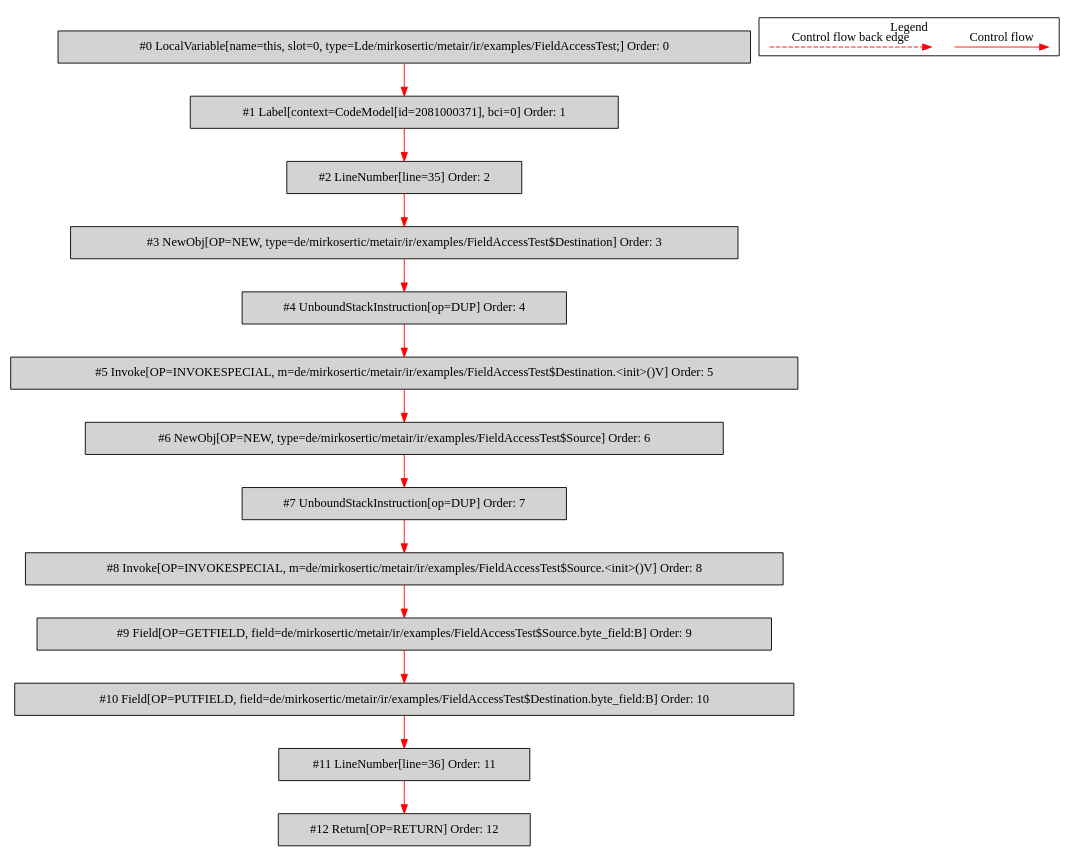
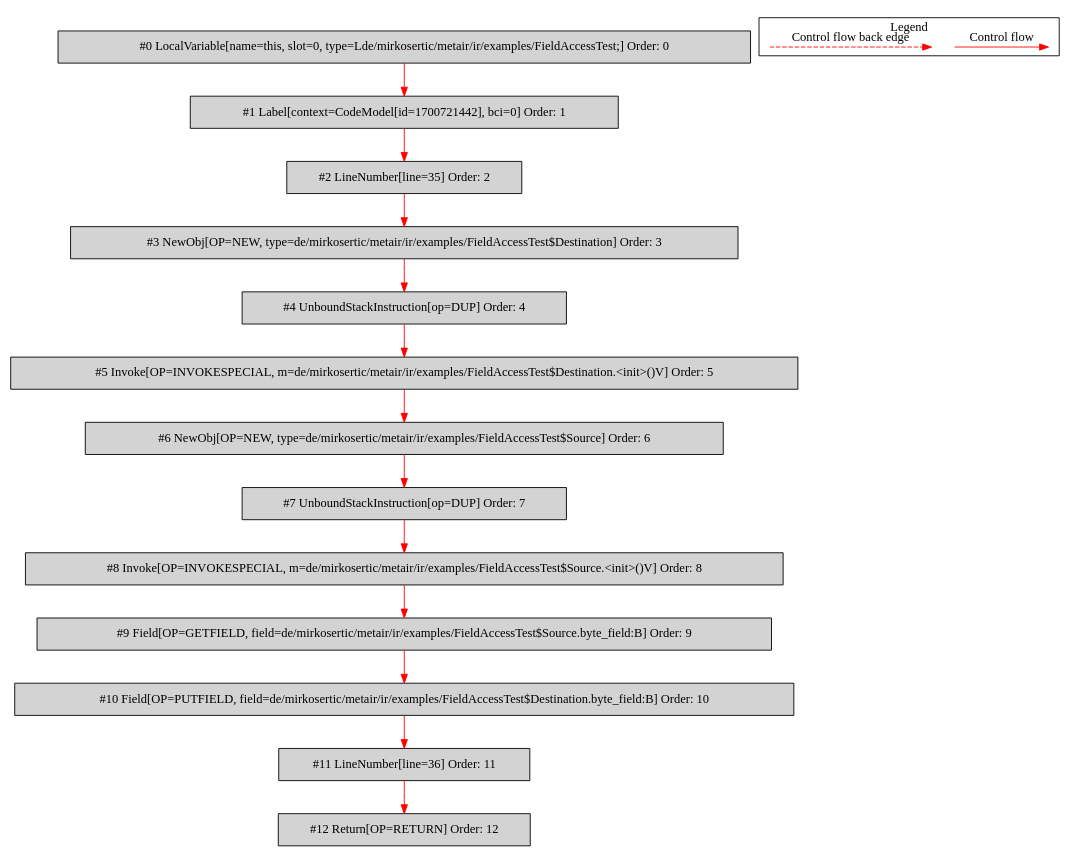
One commit to mirkosertic/MetaIR changed the diagram in de.mirkosertic.metair.ir.examples.FieldAccessTest/copy_byte/bytecodecfg.dot. Above: the diagram before and after it, drawn with Graphviz. The commit also changed 1410 other files, not shown here.

```diff
--- a/de.mirkosertic.metair.ir.examples.FieldAccessTest/copy_byte/bytecodecfg.dot
+++ b/de.mirkosertic.metair.ir.examples.FieldAccessTest/copy_byte/bytecodecfg.dot
@@ -1,41 +1,41 @@
 digraph {
  node0[label="#0 LocalVariable[name=this, slot=0, type=Lde/mirkosertic/metair/ir/examples/FieldAccessTest;] Order: 0", shape=box, fillcolor=lightgrey, style=filled];
- node1[label="#1 Label[context=CodeModel[id=2081000371], bci=0] Order: 1", shape=box, fillcolor=lightgrey, style=filled];
+ node1[label="#1 Label[context=CodeModel[id=1700721442], bci=0] Order: 1", shape=box, fillcolor=lightgrey, style=filled];
  node2[label="#2 LineNumber[line=35] Order: 2", shape=box, fillcolor=lightgrey, style=filled];
  node3[label="#3 NewObj[OP=NEW, type=de/mirkosertic/metair/ir/examples/FieldAccessTest$Destination] Order: 3", shape=box, fillcolor=lightgrey, style=filled];
  node4[label="#4 UnboundStackInstruction[op=DUP] Order: 4", shape=box, fillcolor=lightgrey, style=filled];
  node5[label="#5 Invoke[OP=INVOKESPECIAL, m=de/mirkosertic/metair/ir/examples/FieldAccessTest$Destination.<init>()V] Order: 5", shape=box, fillcolor=lightgrey, style=filled];
  node6[label="#6 NewObj[OP=NEW, type=de/mirkosertic/metair/ir/examples/FieldAccessTest$Source] Order: 6", shape=box, fillcolor=lightgrey, style=filled];
  node7[label="#7 UnboundStackInstruction[op=DUP] Order: 7", shape=box, fillcolor=lightgrey, style=filled];
  node8[label="#8 Invoke[OP=INVOKESPECIAL, m=de/mirkosertic/metair/ir/examples/FieldAccessTest$Source.<init>()V] Order: 8", shape=box, fillcolor=lightgrey, style=filled];
  node9[label="#9 Field[OP=GETFIELD, field=de/mirkosertic/metair/ir/examples/FieldAccessTest$Source.byte_field:B] Order: 9", shape=box, fillcolor=lightgrey, style=filled];
  node10[label="#10 Field[OP=PUTFIELD, field=de/mirkosertic/metair/ir/examples/FieldAccessTest$Destination.byte_field:B] Order: 10", shape=box, fillcolor=lightgrey, style=filled];
  node11[label="#11 LineNumber[line=36] Order: 11", shape=box, fillcolor=lightgrey, style=filled];
  node12[label="#12 Return[OP=RETURN] Order: 12", shape=box, fillcolor=lightgrey, style=filled];
  node0 -> node1[color=red];
  node1 -> node2[color=red];
  node2 -> node3[color=red];
  node3 -> node4[color=red];
  node4 -> node5[color=red];
  node5 -> node6[color=red];
  node6 -> node7[color=red];
  node7 -> node8[color=red];
  node8 -> node9[color=red];
  node9 -> node10[color=red];
  node10 -> node11[color=red];
  node11 -> node12[color=red];
  subgraph cluster_000 {
   label = "Legend";
   node [shape=point]
   {
    rank=same;
    c0 [style = invis];
    c1 [style = invis];
    c2 [style = invis];
    c3 [style = invis];
   }
   c0 -> c1 [label="Control flow", style=solid, color=red]
   c2 -> c3 [label="Control flow back edge", style=dashed, color=red]
  }
 
 }
```
